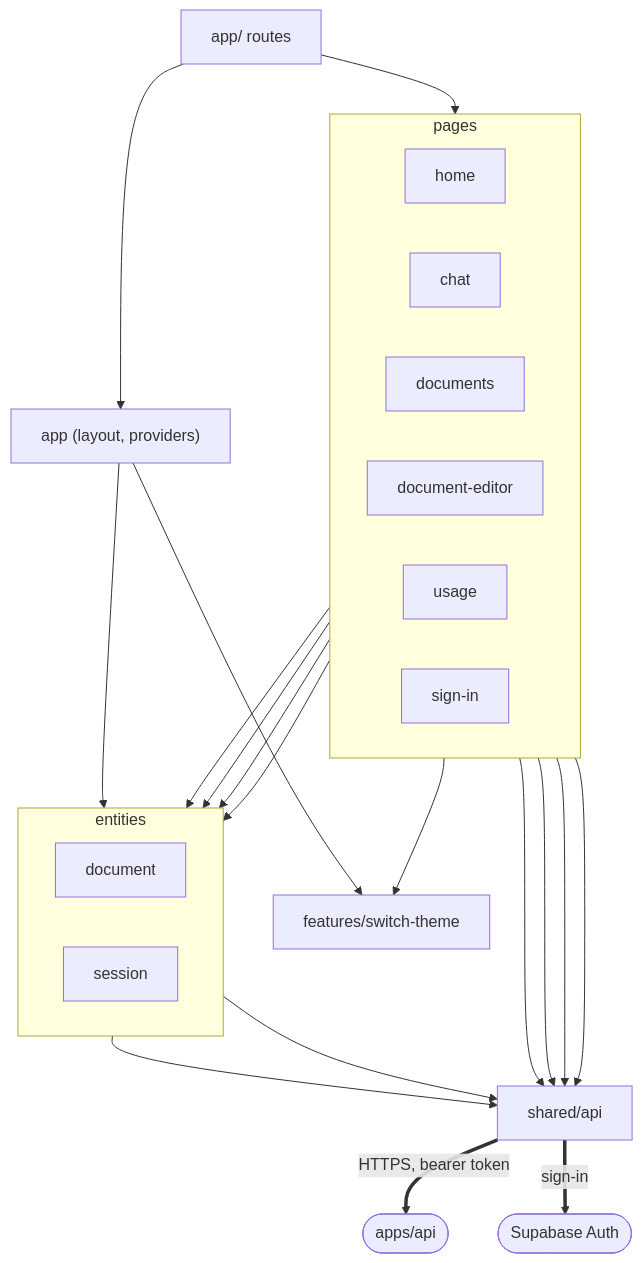
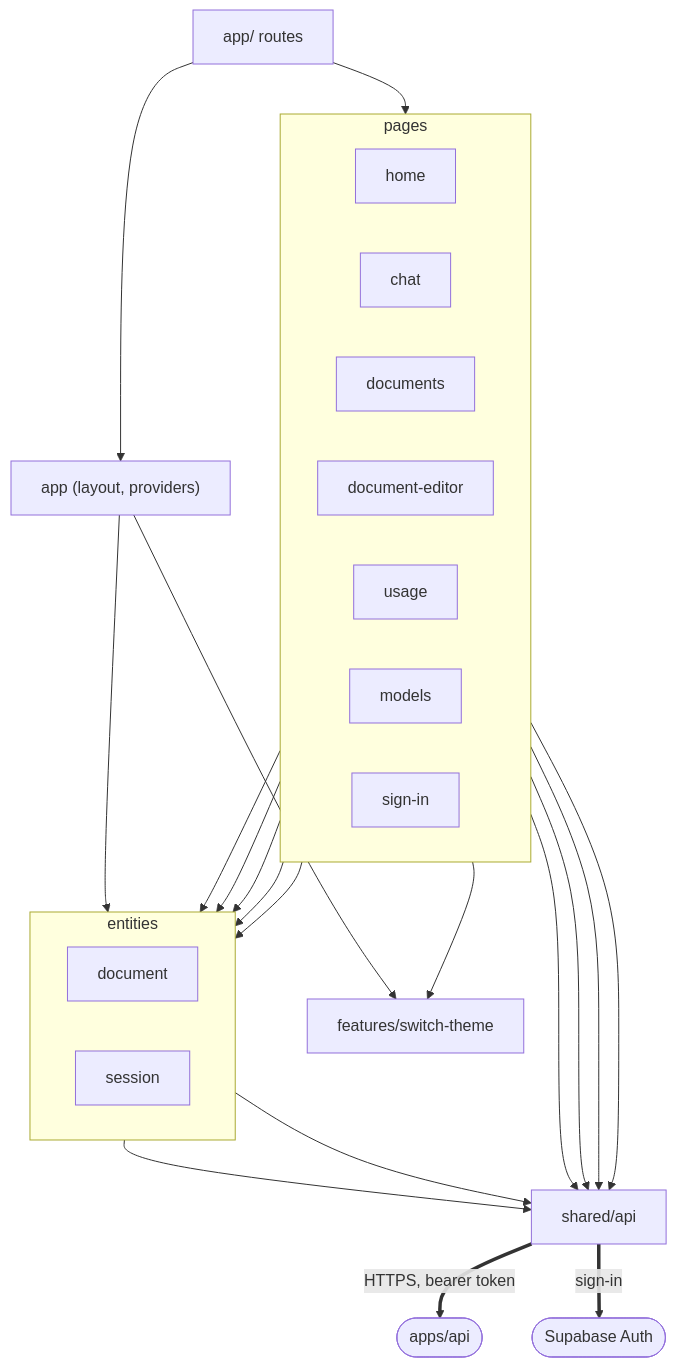
Before and after one commit to vzakharov/goodspeed-knowledge-base: the second of 3 diagrams in docs/design-notes.md, drawn with Mermaid. The commit also changed other lines of this file, not shown here.

First line of the commit message:
docs: design notes follow the home route and models page from main

````diff
--- a/docs/design-notes.md
+++ b/docs/design-notes.md
@@ -105,34 +105,35 @@
 ```mermaid
 flowchart TB
   routes["app/ routes"]
   wapp["app (layout, providers)"]
   subgraph wpages["pages"]
     direction LR
     home["home"]
     chatpage["chat"]
     docs["documents"]
     editor["document-editor"]
     usagepage["usage"]
+    modelspage["models"]
     signin["sign-in"]
   end
   theme["features/switch-theme"]
   subgraph wentities["entities"]
     direction LR
     edoc["document"]
     esession["session"]
   end
   sapi["shared/api"]
 
   apiapp(["apps/api"])
   sbauth(["Supabase Auth"])
 
   routes --> wpages & wapp
   wapp --> esession & theme
   signin --> esession & theme
-  chatpage & docs & editor --> edoc
-  home & chatpage & usagepage & signin --> sapi
+  home & chatpage & docs & editor --> edoc
+  chatpage & usagepage & modelspage & signin --> sapi
   edoc & esession --> sapi
 
   sapi == "HTTPS, bearer token" ==> apiapp
   sapi == "sign-in" ==> sbauth
 ```
````
